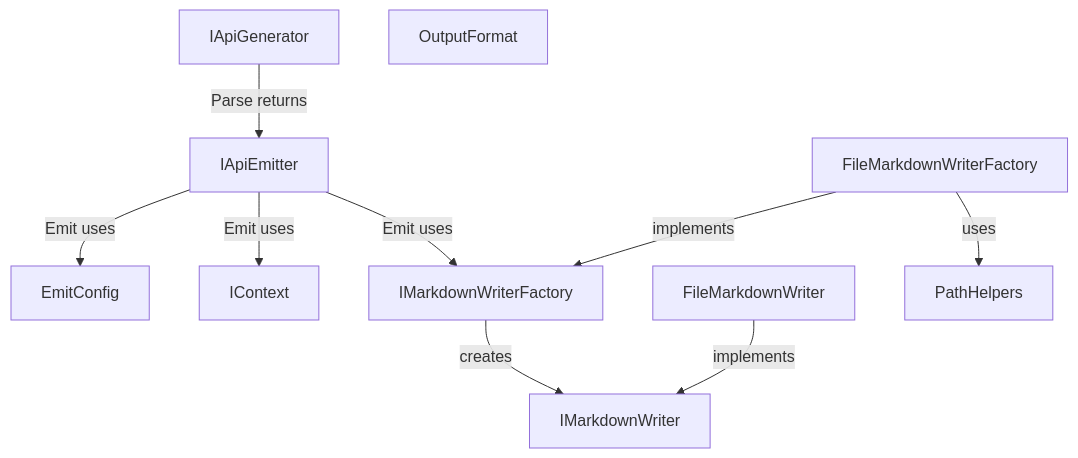
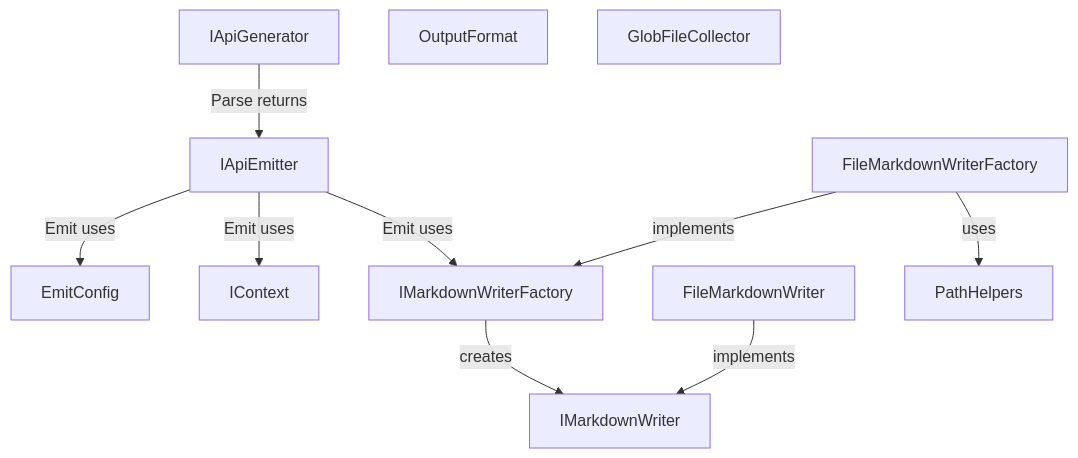
The diagram in docs/design/api-mark-core.md (demaconsulting/ApiMark), drawn with Mermaid before and after one commit. The commit also changed other lines of this file and 172 other files, not shown here.

````diff
--- a/docs/design/api-mark-core.md
+++ b/docs/design/api-mark-core.md
@@ -15,16 +15,17 @@
 ```mermaid
 flowchart TD
     IApiGenerator --> |Parse returns| IApiEmitter
     EmitConfig
     OutputFormat
     IContext
     IMarkdownWriterFactory
     IMarkdownWriter
+    GlobFileCollector
     FileMarkdownWriterFactory --> |implements| IMarkdownWriterFactory
     FileMarkdownWriter --> |implements| IMarkdownWriter
     IMarkdownWriterFactory --> |creates| IMarkdownWriter
     FileMarkdownWriterFactory --> |uses| PathHelpers
     IApiEmitter --> |Emit uses| IMarkdownWriterFactory
     IApiEmitter --> |Emit uses| EmitConfig
     IApiEmitter --> |Emit uses| IContext
 ```
````
